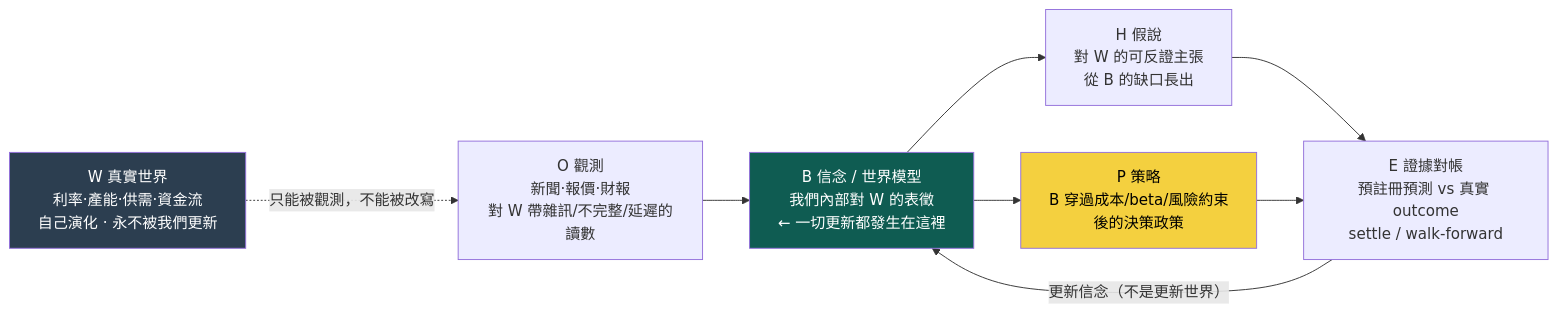
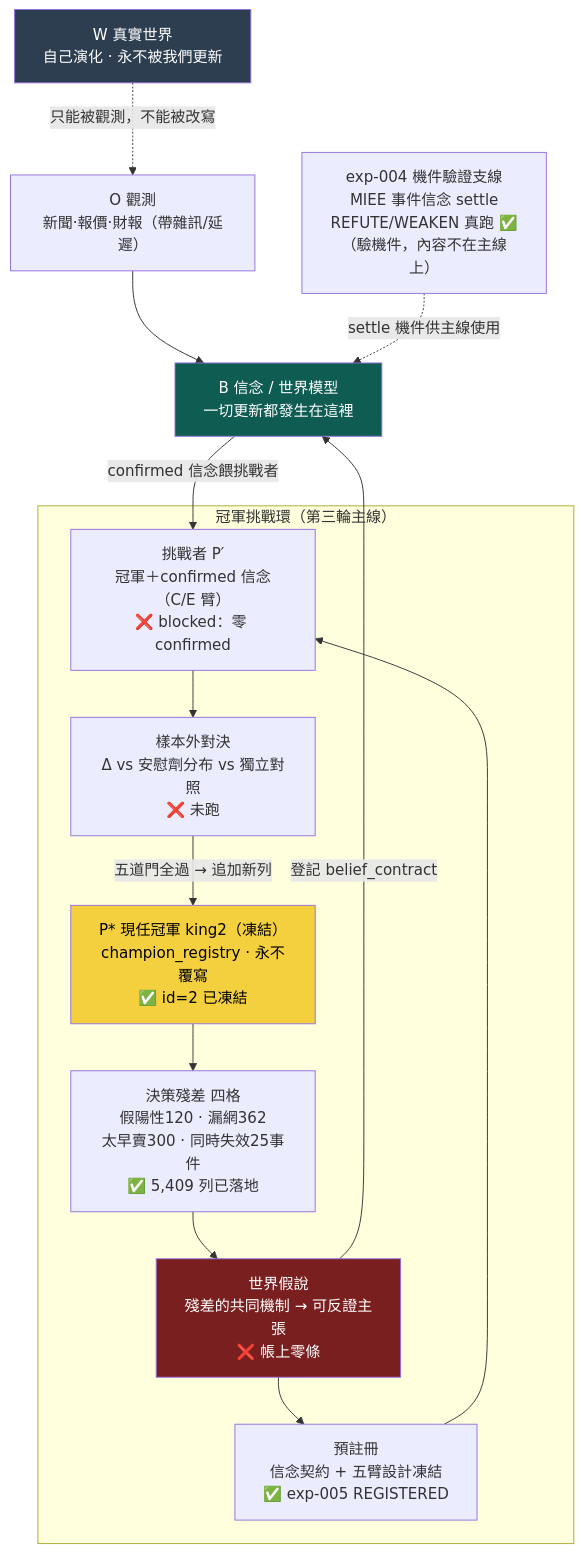
One commit to Baboonbrother/alpha-evolution-wiki changed the diagram in research-loop.md. Above: the diagram before and after it, drawn with Mermaid. The commit also changed other lines of this file and 32 other files, not shown here.

Commit message:
第三+四輪:現任冠軍制度(king2凍結+殘差100事件)+EXP-005五臂預註冊+載具路由器(CB/CBAS/下單協調)

````diff
--- a/research-loop.md
+++ b/research-loop.md
@@ -11,18 +11,27 @@
 ```mermaid
-flowchart LR
-    W["W 真實世界<br/>利率·產能·供需·資金流<br/>自己演化 · 永不被我們更新"]
-    O["O 觀測<br/>新聞·報價·財報<br/>對 W 帶雜訊/不完整/延遲的讀數"]
-    B["B 信念 / 世界模型<br/>我們內部對 W 的表徵<br/>← 一切更新都發生在這裡"]
-    H["H 假說<br/>對 W 的可反證主張<br/>從 B 的缺口長出"]
-    E["E 證據對帳<br/>預註冊預測 vs 真實 outcome<br/>settle / walk-forward"]
-    P["P 策略<br/>B 穿過成本/beta/風險約束<br/>後的決策政策"]
-
+flowchart TB
+    W["W 真實世界<br/>自己演化 · 永不被我們更新"]
+    O["O 觀測<br/>新聞·報價·財報（帶雜訊/延遲）"]
+    B["B 信念 / 世界模型<br/>一切更新都發生在這裡"]
     W -. "只能被觀測，不能被改寫" .-> O
     O --> B
-    B --> H --> E
-    E -->|"更新信念（不是更新世界）"| B
-    B --> P --> E
+
+    subgraph RING["冠軍挑戰環（第三輪主線）"]
+      PSTAR["P* 現任冠軍 king2（凍結）<br/>champion_registry · 永不覆寫<br/>✅ id=2 已凍結"]
+      RES["決策殘差 四格<br/>假陽性120 · 漏網362<br/>太早賣300 · 同時失效25事件<br/>✅ 5,409 列已落地"]
+      HYP["世界假說<br/>殘差的共同機制 → 可反證主張<br/>❌ 帳上零條"]
+      REG["預註冊<br/>信念契約 + 五臂設計凍結<br/>✅ exp-005 REGISTERED"]
+      CHA["挑戰者 P′<br/>冠軍＋confirmed 信念（C/E 臂）<br/>❌ blocked：零 confirmed"]
+      DUEL["樣本外對決<br/>Δ vs 安慰劑分布 vs 獨立對照<br/>❌ 未跑"]
+      PSTAR --> RES --> HYP --> REG --> CHA --> DUEL
+      DUEL -->|"五道門全過 → 追加新列"| PSTAR
+    end
+
+    B -->|"confirmed 信念餵挑戰者"| CHA
+    HYP -->|"登記 belief_contract"| B
+    E4["exp-004 機件驗證支線<br/>MIEE 事件信念 settle<br/>REFUTE/WEAKEN 真跑 ✅<br/>（驗機件，內容不在主線上）"] -.->|"settle 機件供主線使用"| B
     style W fill:#2c3e50,color:#fff
     style B fill:#0f5c52,color:#fff
-    style P fill:#f4d03f,color:#000
+    style PSTAR fill:#f4d03f,color:#000
+    style HYP fill:#7a1f1f,color:#fff
 ```
````
